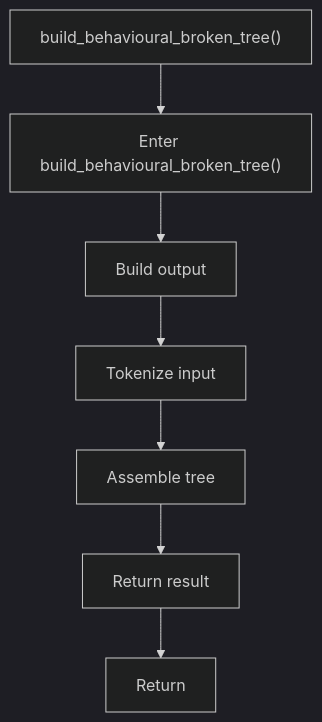
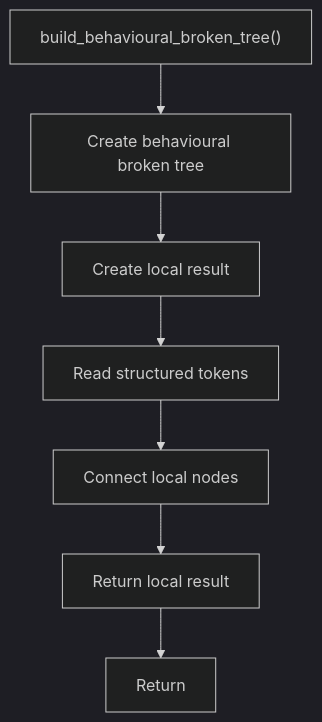
One commit to JohnAndrewBalbarosa/NeoTerritory changed the sixth of 7 diagrams in docs/Codebase/Microservice/Modules/Source/Trees/ClassGeneration/VirtualBroken/Behavioural/tree.cpp.md. Above: the diagram before and after it, drawn with Mermaid (dark theme). The commit also changed other lines of this file and 925 other files, not shown here.

````diff
--- a/docs/Codebase/Microservice/Modules/Source/Trees/ClassGeneration/VirtualBroken/Behavioural/tree.cpp.md
+++ b/docs/Codebase/Microservice/Modules/Source/Trees/ClassGeneration/VirtualBroken/Behavioural/tree.cpp.md
@@ -167,16 +166,16 @@
 ```mermaid
 flowchart TD
     Start["build_behavioural_broken_tree()"]
-    N0["Enter build_behavioural_broken_tree()"]
-    N1["Build output"]
-    N2["Tokenize input"]
-    N3["Assemble tree"]
-    N4["Return result"]
+    N0["Create behavioural broken tree"]
+    N1["Create local result"]
+    N2["Read structured tokens"]
+    N3["Connect local nodes"]
+    N4["Return local result"]
     End["Return"]
     Start --> N0
     N0 --> N1
     N1 --> N2
     N2 --> N3
     N3 --> N4
     N4 --> End
 ```
````
